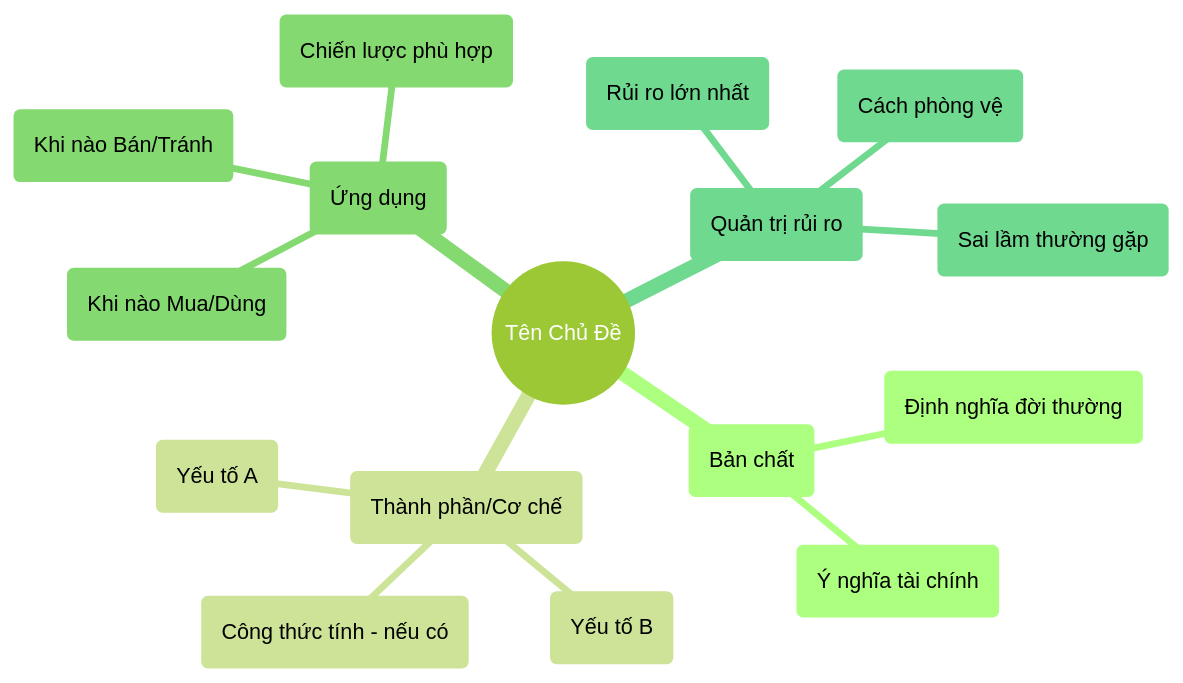
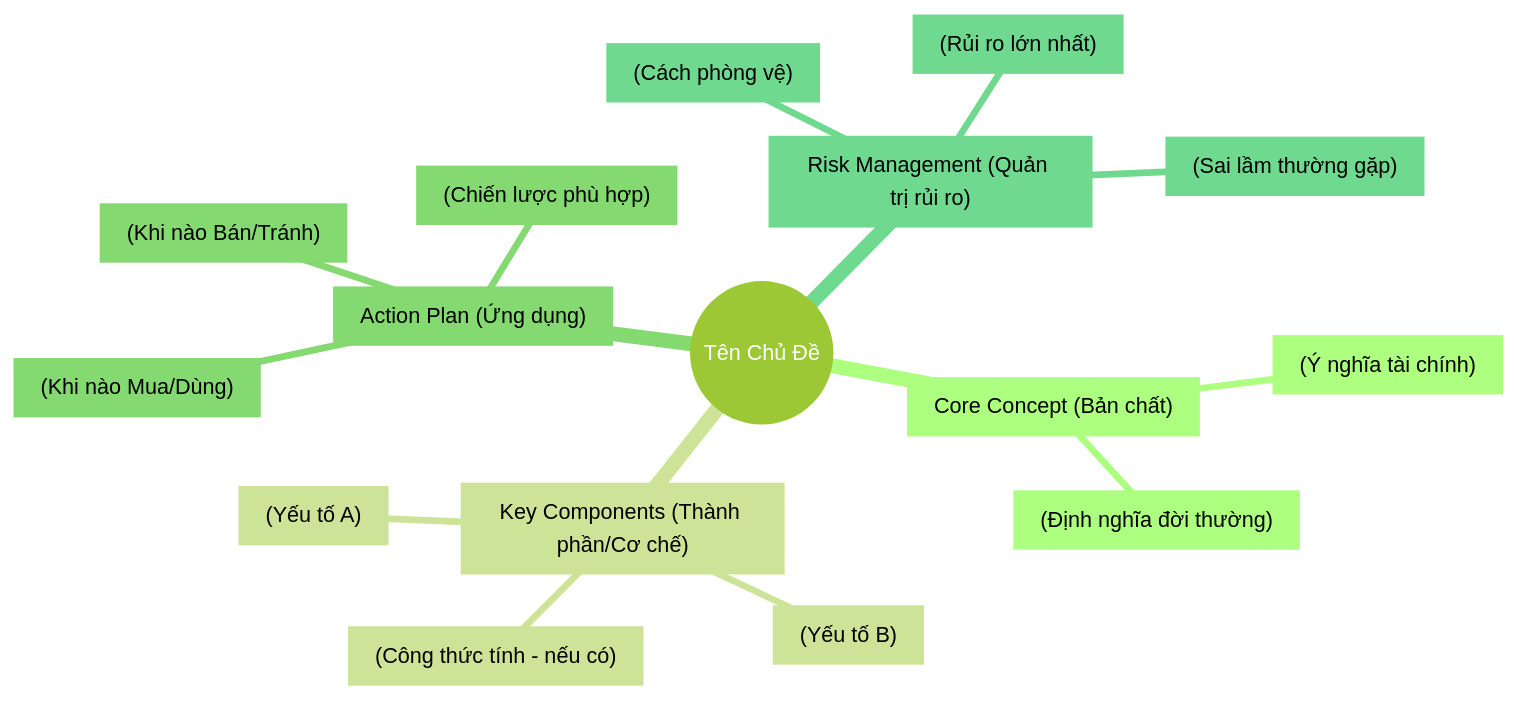
The second of 2 diagrams in .agent/skills/create-finance-lecture/SKILL.md (vuanhtu1993/vuanhtu1993.github.io), drawn with Mermaid (forest theme) before and after one commit. The commit also changed other lines of this file and 4 other files, not shown here.

````diff
--- a/.agent/skills/create-finance-lecture/SKILL.md
+++ b/.agent/skills/create-finance-lecture/SKILL.md
@@ -82,19 +83,19 @@
 ```mermaid
 mindmap
   root((Tên Chủ Đề))
-    Core Concept (Bản chất)
-      (Định nghĩa đời thường)
-      (Ý nghĩa tài chính)
-    Key Components (Thành phần/Cơ chế)
-      (Yếu tố A)
-      (Yếu tố B)
-      (Công thức tính - nếu có)
-    Action Plan (Ứng dụng)
-      (Khi nào Mua/Dùng)
-      (Khi nào Bán/Tránh)
-      (Chiến lược phù hợp)
-    Risk Management (Quản trị rủi ro)
-      (Rủi ro lớn nhất)
-      (Cách phòng vệ)
-      (Sai lầm thường gặp)
+    Concept["Core Concept (Bản chất)"]
+      def["(Định nghĩa đời thường)"]
+      meaning["(Ý nghĩa tài chính)"]
+    Components["Key Components (Thành phần/Cơ chế)"]
+      factorA["(Yếu tố A)"]
+      factorB["(Yếu tố B)"]
+      formula["(Công thức tính - nếu có)"]
+    Action["Action Plan (Ứng dụng)"]
+      whenBuy["(Khi nào Mua/Dùng)"]
+      whenSell["(Khi nào Bán/Tránh)"]
+      strategy["(Chiến lược phù hợp)"]
+    Risk["Risk Management (Quản trị rủi ro)"]
+      biggest["(Rủi ro lớn nhất)"]
+      defense["(Cách phòng vệ)"]
+      mistake["(Sai lầm thường gặp)"]
 ```
````
